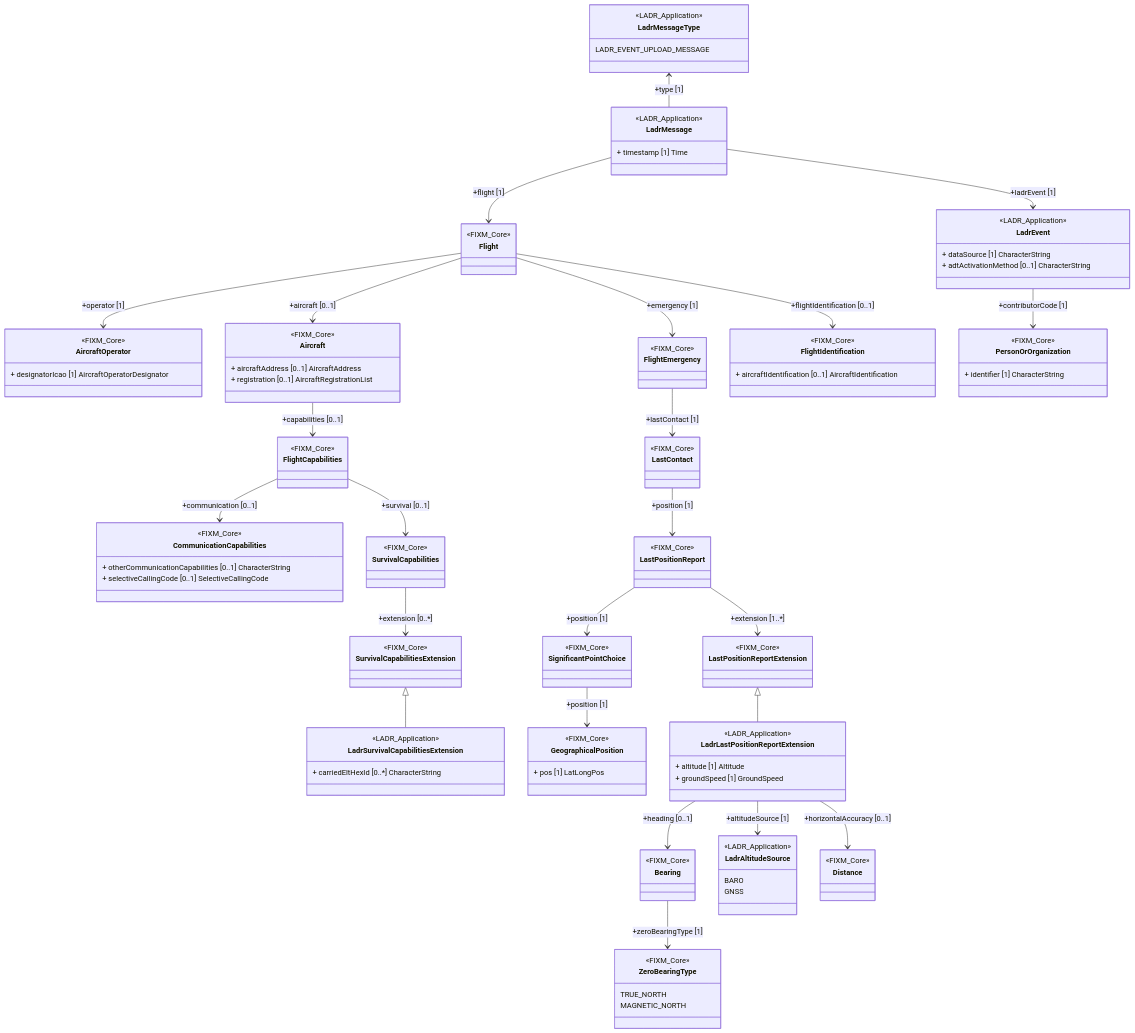
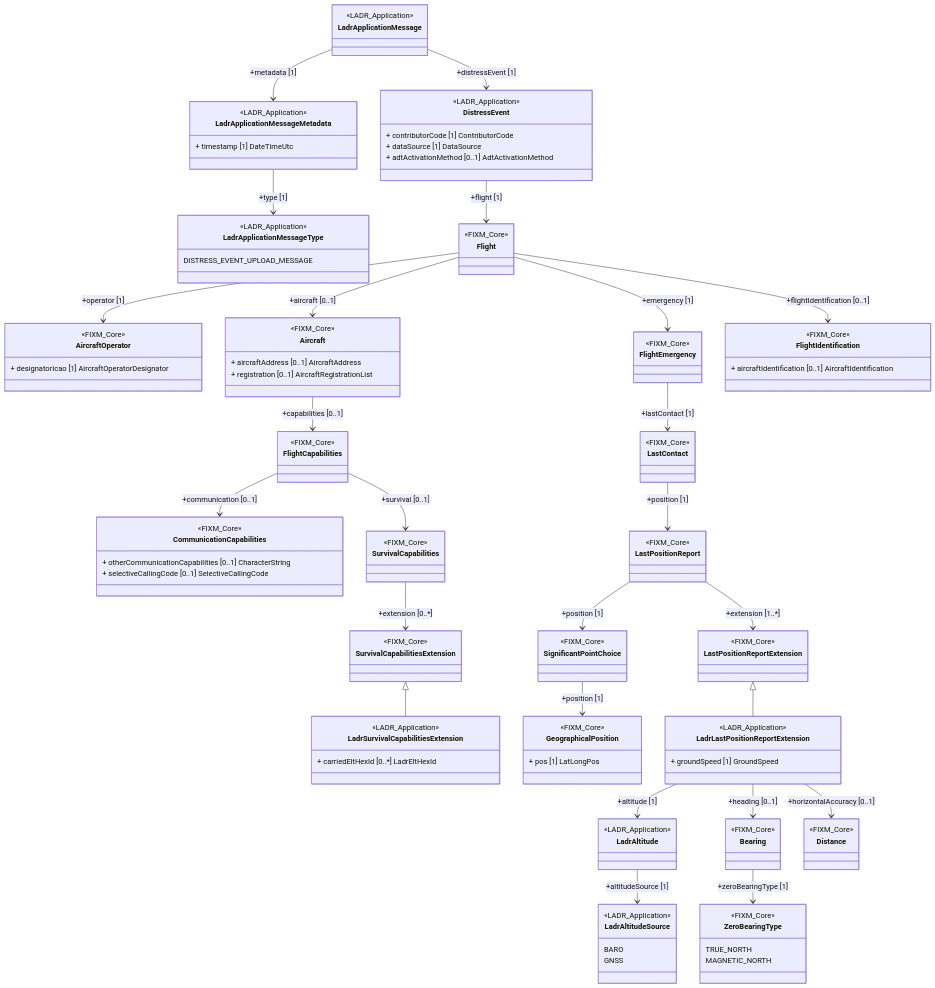
Before and after one commit to eurocontrol-ladr/ladrApplicationMessages: the second of 2 diagrams in schemas/distressEventUploadMessage/readMe.md, drawn with Mermaid. The commit also changed other lines of this file, not shown here.

````diff
--- a/schemas/distressEventUploadMessage/readMe.md
+++ b/schemas/distressEventUploadMessage/readMe.md
@@ -19,12 +19,20 @@
-```mermaid
-classDiagram
-class LadrMessage	
-<<LADR_Application>> LadrMessage	
-LadrMessage : + timestamp [1] Time	
-class LadrMessageType	
-<<LADR_Application>> LadrMessageType	
-LadrMessageType : LADR_EVENT_UPLOAD_MESSAGE	
-LadrMessageType <-- LadrMessage : +type [1]	
+```mermaid	
+classDiagram	
+class LadrApplicationMessage	
+<<LADR_Application>> LadrApplicationMessage	
+class LadrApplicationMessageMetadata	
+<<LADR_Application>> LadrApplicationMessageMetadata	
+LadrApplicationMessageMetadata : + timestamp [1] DateTimeUtc	
+class LadrApplicationMessageType	
+<<LADR_Application>> LadrApplicationMessageType	
+LadrApplicationMessageType : DISTRESS_EVENT_UPLOAD_MESSAGE	
+LadrApplicationMessageMetadata --> LadrApplicationMessageType : +type [1]	
+LadrApplicationMessage --> LadrApplicationMessageMetadata : +metadata [1]	
+class DistressEvent	
+<<LADR_Application>> DistressEvent	
+DistressEvent : + contributorCode [1] ContributorCode	
+DistressEvent : + dataSource [1] DataSource	
+DistressEvent : + adtActivationMethod [0..1] AdtActivationMethod	
 class Flight	
 <<FIXM_Core>> Flight	
 class AircraftOperator	
@@ -47,7 +55,7 @@
 <<FIXM_Core>> SurvivalCapabilitiesExtension	
 class LadrSurvivalCapabilitiesExtension	
 <<LADR_Application>> LadrSurvivalCapabilitiesExtension	
-LadrSurvivalCapabilitiesExtension : + carriedEltHexId [0..*] CharacterString	
+LadrSurvivalCapabilitiesExtension : + carriedEltHexId [0..*] LadrEltHexId	
 SurvivalCapabilitiesExtension<|-- LadrSurvivalCapabilitiesExtension	
 SurvivalCapabilities --> SurvivalCapabilitiesExtension : +extension [0..*]	
 FlightCapabilities --> SurvivalCapabilities : +survival [0..1]	
@@ -71,7 +79,14 @@
 <<FIXM_Core>> LastPositionReportExtension	
 class LadrLastPositionReportExtension	
 <<LADR_Application>> LadrLastPositionReportExtension	
-LadrLastPositionReportExtension : + altitude [1] Altitude	
+class LadrAltitude	
+<<LADR_Application>> LadrAltitude	
+class LadrAltitudeSource	
+<<LADR_Application>> LadrAltitudeSource	
+LadrAltitudeSource : BARO	
+LadrAltitudeSource : GNSS	
+LadrAltitude --> LadrAltitudeSource : +altitudeSource [1]	
+LadrLastPositionReportExtension --> LadrAltitude : +altitude [1]	
 class Bearing	
 <<FIXM_Core>> Bearing	
 class ZeroBearingType	
@@ -80,11 +95,6 @@
 ZeroBearingType : MAGNETIC_NORTH	
 Bearing --> ZeroBearingType : +zeroBearingType [1]	
 LadrLastPositionReportExtension --> Bearing : +heading [0..1]	
-class LadrAltitudeSource	
-<<LADR_Application>> LadrAltitudeSource	
-LadrAltitudeSource : BARO	
-LadrAltitudeSource : GNSS	
-LadrLastPositionReportExtension --> LadrAltitudeSource : +altitudeSource [1]	
 LadrLastPositionReportExtension : + groundSpeed [1] GroundSpeed	
 class Distance	
 <<FIXM_Core>> Distance	
@@ -98,14 +108,6 @@
 <<FIXM_Core>> FlightIdentification	
 FlightIdentification : + aircraftIdentification [0..1] AircraftIdentification	
 Flight --> FlightIdentification : +flightIdentification [0..1]	
-LadrMessage --> Flight : +flight [1]	
-class LadrEvent	
-<<LADR_Application>> LadrEvent	
-class PersonOrOrganization	
-<<FIXM_Core>> PersonOrOrganization	
-PersonOrOrganization : + identifier [1] CharacterString	
-LadrEvent --> PersonOrOrganization : +contributorCode [1]	
-LadrEvent : + dataSource [1] CharacterString	
-LadrEvent : + adtActivationMethod [0..1] CharacterString	
-LadrMessage --> LadrEvent : +ladrEvent [1]	
-```
+DistressEvent --> Flight : +flight [1]	
+LadrApplicationMessage --> DistressEvent : +distressEvent [1]	
+```	
````
